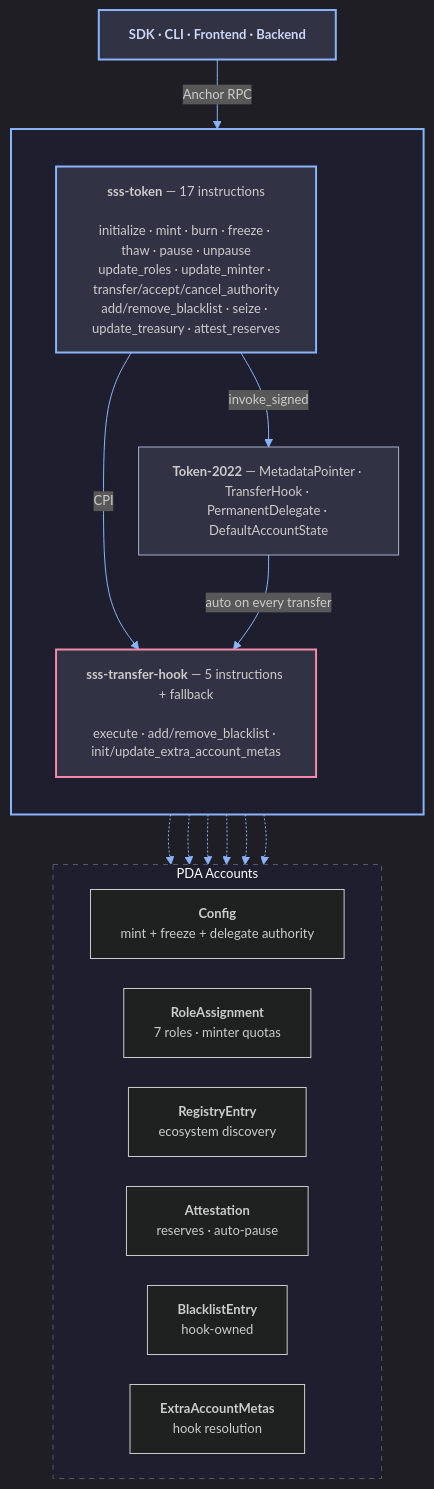
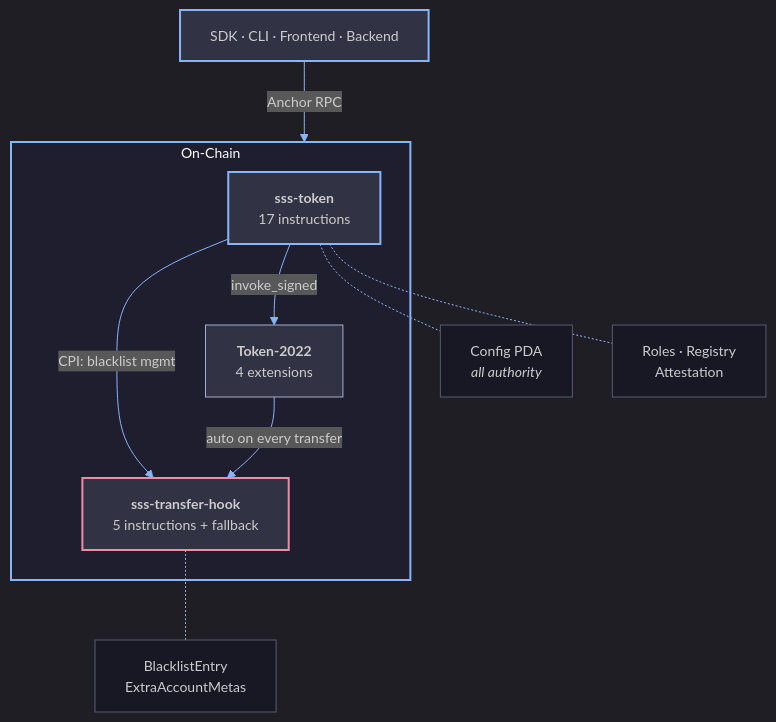
Before and after one commit to praneethreddy1729/solana-stablecoin-standard: the diagram in assets/architecture.mmd, drawn with Mermaid. The commit also changed 1 other file, not shown here.

Commit message:
simplify architecture diagram

```diff
--- a/assets/architecture.mmd
+++ b/assets/architecture.mmd
@@ -1,39 +1,27 @@
-%%{init: {'theme': 'dark', 'themeVariables': {'primaryColor': '#1e1e2e', 'primaryTextColor': '#cdd6f4', 'primaryBorderColor': '#89b4fa', 'lineColor': '#89b4fa', 'secondaryColor': '#181825', 'tertiaryColor': '#313244', 'fontFamily': 'monospace', 'fontSize': '13px'}, 'flowchart': {'rankSpacing': 50, 'nodeSpacing': 30, 'curve': 'basis'}}}%%
+%%{init: {'theme': 'dark', 'themeVariables': {'primaryColor': '#1e1e2e', 'primaryTextColor': '#cdd6f4', 'primaryBorderColor': '#89b4fa', 'lineColor': '#89b4fa', 'secondaryColor': '#181825', 'tertiaryColor': '#313244', 'fontFamily': 'monospace', 'fontSize': '14px'}, 'flowchart': {'rankSpacing': 60, 'nodeSpacing': 40, 'curve': 'basis'}}}%%
 
 flowchart TD
-    CLIENT["<b>SDK · CLI · Frontend · Backend</b>"]
+    SDK["SDK · CLI · Frontend · Backend"] -->|Anchor RPC| SSS
 
-    subgraph ON_CHAIN[" "]
-        direction TB
-
-        MAIN["<b>sss-token</b> — 17 instructions<br/><br/>initialize · mint · burn · freeze · thaw · pause · unpause<br/>update_roles · update_minter · transfer/accept/cancel_authority<br/>add/remove_blacklist · seize · update_treasury · attest_reserves"]
-
-        HOOK["<b>sss-transfer-hook</b> — 5 instructions + fallback<br/><br/>execute · add/remove_blacklist · init/update_extra_account_metas"]
-
-        T22["<b>Token-2022</b> — MetadataPointer · TransferHook · PermanentDelegate · DefaultAccountState"]
+    subgraph SSS["On-Chain"]
+        MAIN["<b>sss-token</b><br/>17 instructions"]
+        T22["<b>Token-2022</b><br/>4 extensions"]
+        HOOK["<b>sss-transfer-hook</b><br/>5 instructions + fallback"]
     end
 
-    subgraph PDAS["PDA Accounts"]
-        direction LR
-        P1["<b>Config</b><br/>mint + freeze + delegate authority"]
-        P2["<b>RoleAssignment</b><br/>7 roles · minter quotas"]
-        P3["<b>RegistryEntry</b><br/>ecosystem discovery"]
-        P4["<b>Attestation</b><br/>reserves · auto-pause"]
-        P5["<b>BlacklistEntry</b><br/>hook-owned"]
-        P6["<b>ExtraAccountMetas</b><br/>hook resolution"]
-    end
-
-    CLIENT -->|"Anchor RPC"| MAIN
-    MAIN -->|"CPI"| HOOK
-    MAIN -->|"invoke_signed"| T22
+    MAIN -->|invoke_signed| T22
+    MAIN -->|"CPI: blacklist mgmt"| HOOK
     T22 -->|"auto on every transfer"| HOOK
 
-    MAIN -.-> P1 & P2 & P3 & P4
-    HOOK -.-> P5 & P6
+    MAIN -.- P1["Config PDA<br/><i>all authority</i>"]
+    MAIN -.- P2["Roles · Registry<br/>Attestation"]
+    HOOK -.- P3["BlacklistEntry<br/>ExtraAccountMetas"]
 
-    style ON_CHAIN fill:#1e1e2e,stroke:#89b4fa,stroke-width:2px
-    style PDAS fill:#1e1e2e,stroke:#585b70,stroke-width:1px,stroke-dasharray: 5 5
-    style CLIENT fill:#313244,stroke:#89b4fa,stroke-width:2px,color:#cdd6f4
+    style SSS fill:#1e1e2e,stroke:#89b4fa,stroke-width:2px
     style MAIN fill:#313244,stroke:#89b4fa,stroke-width:2px
+    style T22 fill:#313244,stroke:#a6adc8,stroke-width:1px
     style HOOK fill:#313244,stroke:#f38ba8,stroke-width:2px
-    style T22 fill:#313244,stroke:#a6adc8,stroke-width:1px
+    style SDK fill:#313244,stroke:#89b4fa,stroke-width:2px
+    style P1 fill:#181825,stroke:#585b70,stroke-width:1px
+    style P2 fill:#181825,stroke:#585b70,stroke-width:1px
+    style P3 fill:#181825,stroke:#585b70,stroke-width:1px
```
